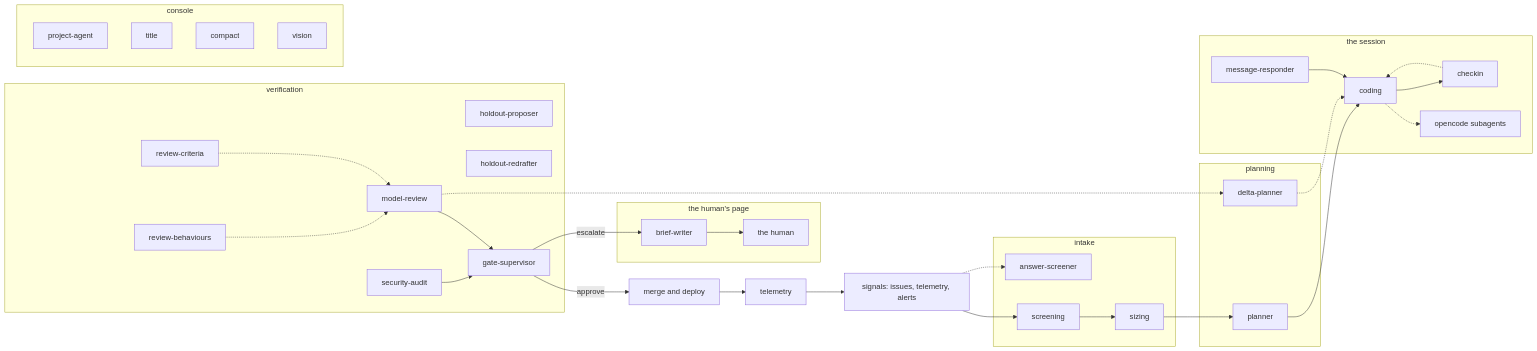
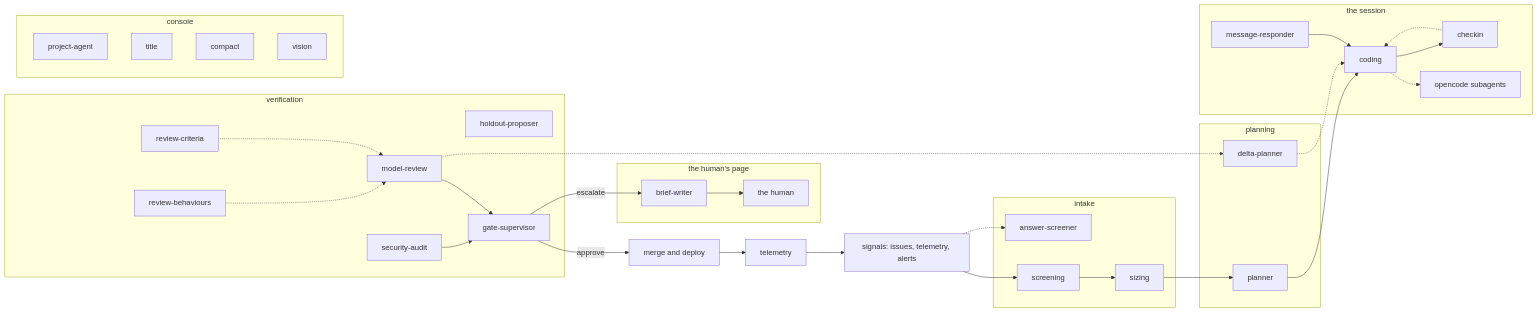
One commit to sebastianrueckerai/ai-software-factory-code changed the diagram in cmd/agentdoc/master.mmd. Above: the diagram before and after it, drawn with Mermaid. The commit also changed 27 other files, not shown here.

```diff
--- a/cmd/agentdoc/master.mmd
+++ b/cmd/agentdoc/master.mmd
@@ -1,54 +1,53 @@
 graph LR
   signals["signals: issues, telemetry, alerts"]
   subgraph intake["intake"]
     screening["screening"]
     sizing["sizing"]
     answer-screener["answer-screener"]
   end
   subgraph planning["planning"]
     planner["planner"]
     delta-planner["delta-planner"]
   end
   subgraph the-session["the session"]
     coding["coding"]
     message-responder["message-responder"]
     checkin["checkin"]
     opencode-subagents["opencode subagents"]
   end
   subgraph verification["verification"]
     review-criteria["review-criteria"]
     review-behaviours["review-behaviours"]
     model-review["model-review"]
     security-audit["security-audit"]
     holdout-proposer["holdout-proposer"]
-    holdout-redrafter["holdout-redrafter"]
     gate-supervisor["gate-supervisor"]
   end
   subgraph the-human["the human's page"]
     brief-writer["brief-writer"]
     human["the human"]
   end
   subgraph console["console"]
     project-agent["project-agent"]
     title["title"]
     compact["compact"]
     vision["vision"]
   end
   deploy["merge and deploy"]
   telemetry["telemetry"]
 
   signals --> screening --> sizing --> planner --> coding
   signals -.-> answer-screener
   coding -.-> opencode-subagents
   message-responder --> coding
   coding --> checkin
   checkin -.-> coding
   model-review --> gate-supervisor
   security-audit --> gate-supervisor
   review-criteria -.-> model-review
   review-behaviours -.-> model-review
   model-review -.-> delta-planner
   delta-planner -.-> coding
   gate-supervisor -->|approve| deploy
   gate-supervisor -->|escalate| brief-writer --> human
   deploy --> telemetry --> signals
```
